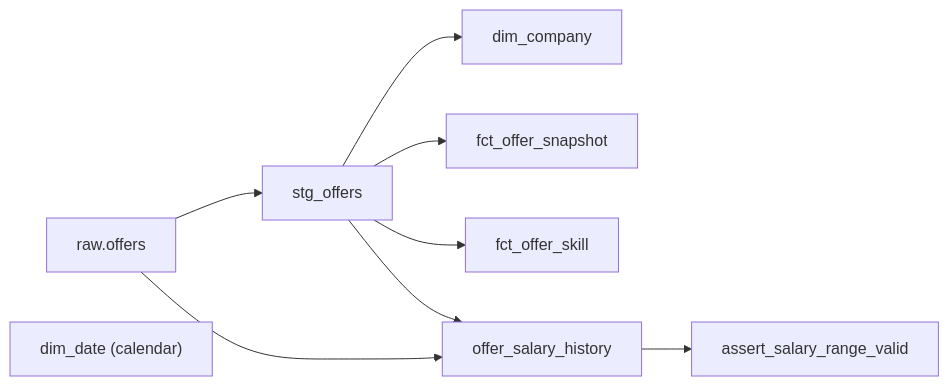
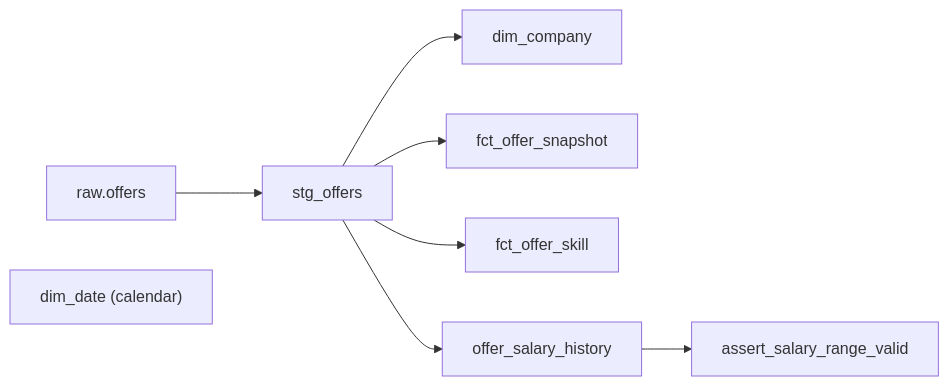
Before and after one commit to marek-sleszynski/poznan-it-market: the diagram in docs/data-model.md, drawn with Mermaid.

Commit message:
docs: remove stale raw edge from data model diagram

````diff
--- a/docs/data-model.md
+++ b/docs/data-model.md
@@ -56,11 +56,10 @@
 ```mermaid
 flowchart LR
     raw["raw.offers"] --> staging["stg_offers"]
     staging --> companies["dim_company"]
     staging --> facts["fct_offer_snapshot"]
     staging --> skills["fct_offer_skill"]
     staging --> salaries["offer_salary_history"]
-    raw --> salaries
     salaries --> salary_test["assert_salary_range_valid"]
     dates["dim_date (calendar)"]
 ```
````
